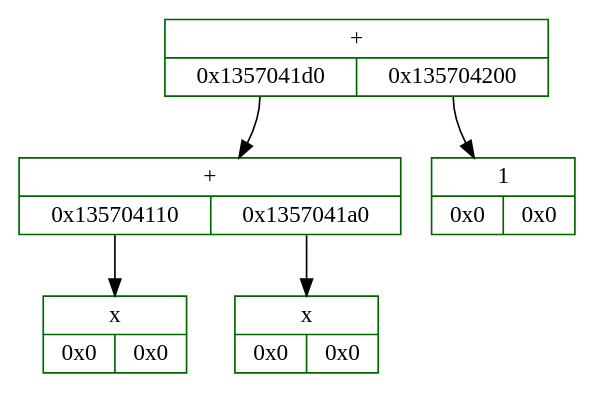
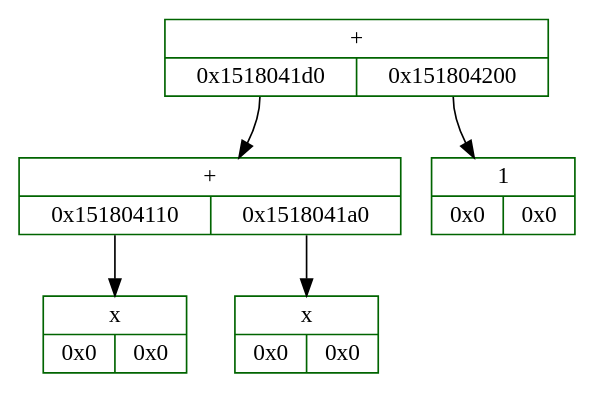
The diagram in log/dump.dot (whiterno/differentiator), drawn with Graphviz before and after one commit. The commit also changed 21 other files, not shown here.

```diff
--- a/log/dump.dot
+++ b/log/dump.dot
@@ -1,13 +1,13 @@
 digraph D{
 	rankdir = TB
 
-	node_5191516720 [color = "darkgreen", style = "filled", shape = "record", fillcolor = "white", label = "{ +  | {<fl5191516720> 0x1357041d0 | <fr5191516720> 0x135704200}}"]
-	node_5191516720: <fl5191516720> -> node_5191516624 [color = "black", arrowhead = "normal", label = ""]
-	node_5191516624 [color = "darkgreen", style = "filled", shape = "record", fillcolor = "white", label = "{ +  | {<fl5191516624> 0x135704110 | <fr5191516624> 0x1357041a0}}"]
-	node_5191516624: <fl5191516624> -> node_5191516432 [color = "black", arrowhead = "normal", label = ""]
-	node_5191516432 [color = "darkgreen", style = "filled", shape = "record", fillcolor = "white", label = "{x  | {<fl5191516432> 0x0 | <fr5191516432> 0x0}}"]
-	node_5191516624: <fr5191516624> -> node_5191516576 [color = "black", arrowhead = "normal", label = ""]
-	node_5191516576 [color = "darkgreen", style = "filled", shape = "record", fillcolor = "white", label = "{x  | {<fl5191516576> 0x0 | <fr5191516576> 0x0}}"]
-	node_5191516720: <fr5191516720> -> node_5191516672 [color = "black", arrowhead = "normal", label = ""]
-	node_5191516672 [color = "darkgreen", style = "filled", shape = "record", fillcolor = "white", label = "{1  | {<fl5191516672> 0x0 | <fr5191516672> 0x0}}"]
+	node_5662327344 [color = "darkgreen", style = "filled", shape = "record", fillcolor = "white", label = "{ +  | {<fl5662327344> 0x1518041d0 | <fr5662327344> 0x151804200}}"]
+	node_5662327344: <fl5662327344> -> node_5662327248 [color = "black", arrowhead = "normal", label = ""]
+	node_5662327248 [color = "darkgreen", style = "filled", shape = "record", fillcolor = "white", label = "{ +  | {<fl5662327248> 0x151804110 | <fr5662327248> 0x1518041a0}}"]
+	node_5662327248: <fl5662327248> -> node_5662327056 [color = "black", arrowhead = "normal", label = ""]
+	node_5662327056 [color = "darkgreen", style = "filled", shape = "record", fillcolor = "white", label = "{x  | {<fl5662327056> 0x0 | <fr5662327056> 0x0}}"]
+	node_5662327248: <fr5662327248> -> node_5662327200 [color = "black", arrowhead = "normal", label = ""]
+	node_5662327200 [color = "darkgreen", style = "filled", shape = "record", fillcolor = "white", label = "{x  | {<fl5662327200> 0x0 | <fr5662327200> 0x0}}"]
+	node_5662327344: <fr5662327344> -> node_5662327296 [color = "black", arrowhead = "normal", label = ""]
+	node_5662327296 [color = "darkgreen", style = "filled", shape = "record", fillcolor = "white", label = "{1  | {<fl5662327296> 0x0 | <fr5662327296> 0x0}}"]
 }
```
